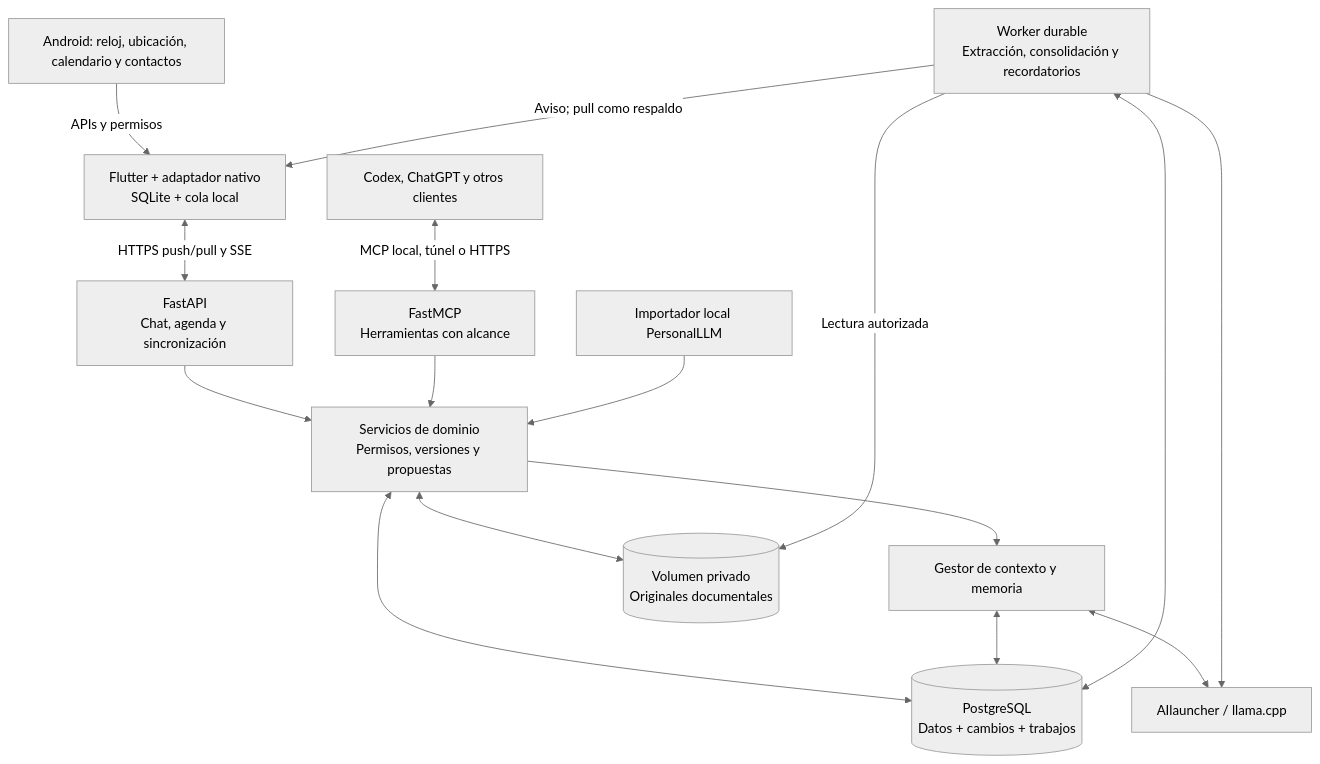
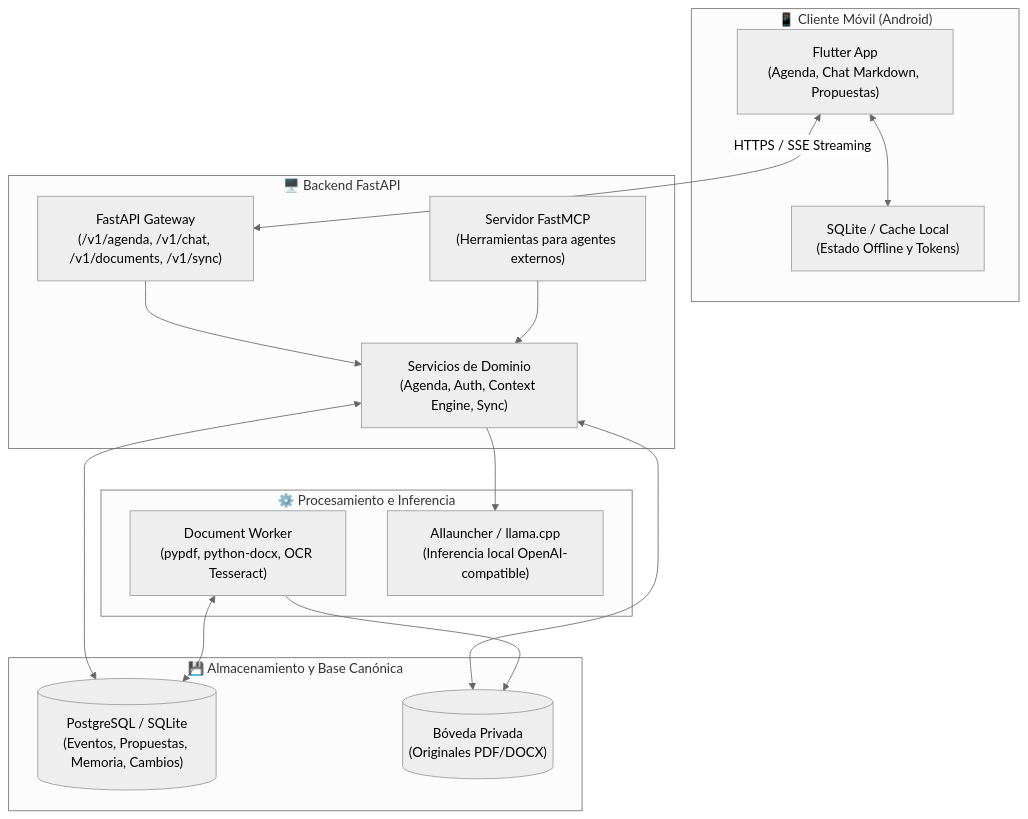
The diagram in README.md (Peter24a/AgentAgenda), drawn with Mermaid (neutral theme) before and after one commit. The commit also changed other lines of this file and 6 other files, not shown here.

First line of the commit message:
feat: render rich markdown in chat, fix progress semantics, and update README for current app

````diff
--- a/README.md
+++ b/README.md
@@ -54,30 +42,33 @@
 ```mermaid
 flowchart TB
-    OS["Android: reloj, ubicación, calendario y contactos"]
-    App["Flutter + adaptador nativo\nSQLite + cola local"]
-    API["FastAPI\nChat, agenda y sincronización"]
-    S["Servicios de dominio\nPermisos, versiones y propuestas"]
-    M["Gestor de contexto y memoria"]
-    DB[("PostgreSQL\nDatos + cambios + trabajos")]
-    F[("Volumen privado\nOriginales documentales")]
-    W["Worker durable\nExtracción, consolidación y recordatorios"]
-    L["AIlauncher / llama.cpp"]
-    MCP["FastMCP\nHerramientas con alcance"]
-    A["Codex, ChatGPT y otros clientes"]
-    I["Importador local PersonalLLM"]
-    OS -->|APIs y permisos| App
-    App <-->|HTTPS push/pull y SSE| API
-    API --> S
-    MCP --> S
-    S <--> DB
-    S <--> F
-    S --> M
-    M <--> DB
-    M <--> L
-    W <--> DB
-    W -->|Lectura autorizada| F
-    W --> L
-    W -->|Aviso; pull como respaldo| App
-    A <-->|MCP local, túnel o HTTPS| MCP
-    I --> S
+    subgraph Cliente["📱 Cliente Móvil (Android)"]
+        Flutter["Flutter App\n(Agenda, Chat Markdown, Propuestas)"]
+        LocalCache["SQLite / Cache Local\n(Estado Offline y Tokens)"]
+        Flutter <--> LocalCache
+    end
+
+    subgraph Backend["🖥️ Backend FastAPI"]
+        API["FastAPI Gateway\n(/v1/agenda, /v1/chat, /v1/documents, /v1/sync)"]
+        Domain["Servicios de Dominio\n(Agenda, Auth, Context Engine, Sync)"]
+        MCP["Servidor FastMCP\n(Herramientas para agentes externos)"]
+        API --> Domain
+        MCP --> Domain
+    end
+
+    subgraph Persistencia["💾 Almacenamiento y Base Canónica"]
+        DB[("PostgreSQL / SQLite\n(Eventos, Propuestas, Memoria, Cambios)")]
+        Vault[("Bóveda Privada\n(Originales PDF/DOCX)")]
+        Domain <--> DB
+        Domain <--> Vault
+    end
+
+    subgraph ServiciosAsincronos["⚙️ Procesamiento e Inferencia"]
+        Worker["Document Worker\n(pypdf, python-docx, OCR Tesseract)"]
+        LLM["AIlauncher / llama.cpp\n(Inferencia local OpenAI-compatible)"]
+        Worker <--> DB
+        Worker --> Vault
+        Domain --> LLM
+    end
+
+    Flutter <-->|HTTPS / SSE Streaming| API
 ```
````
